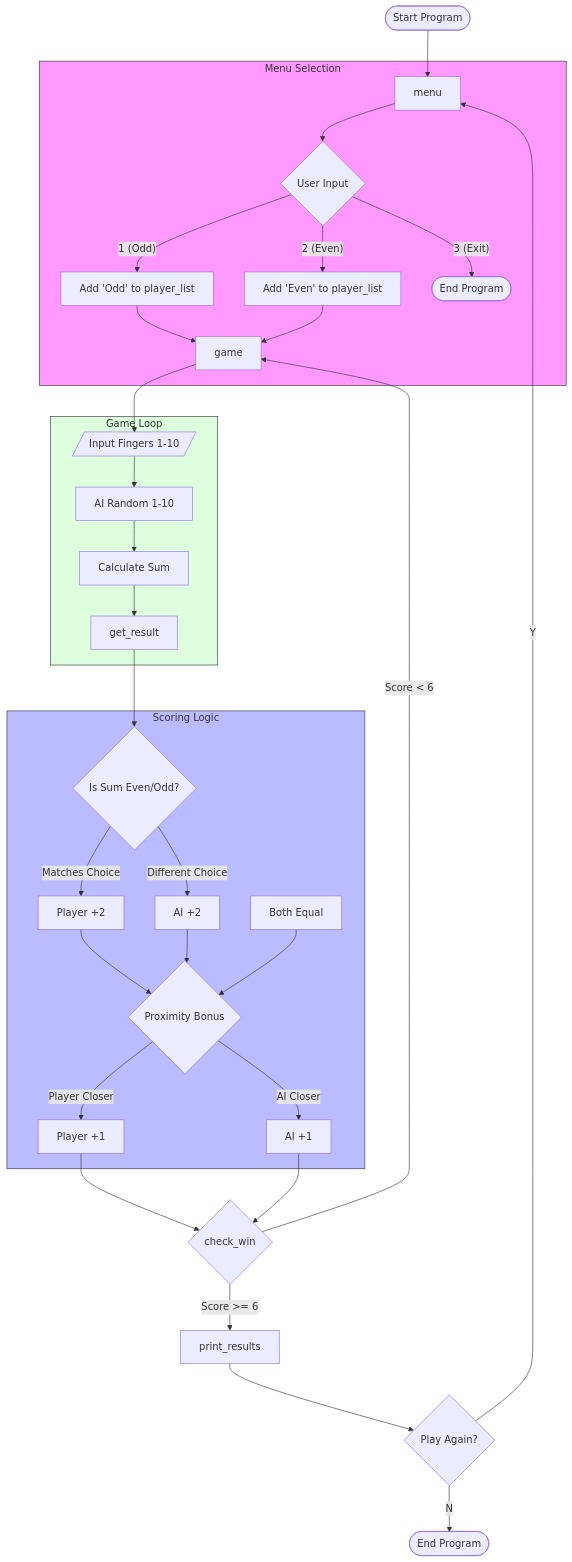
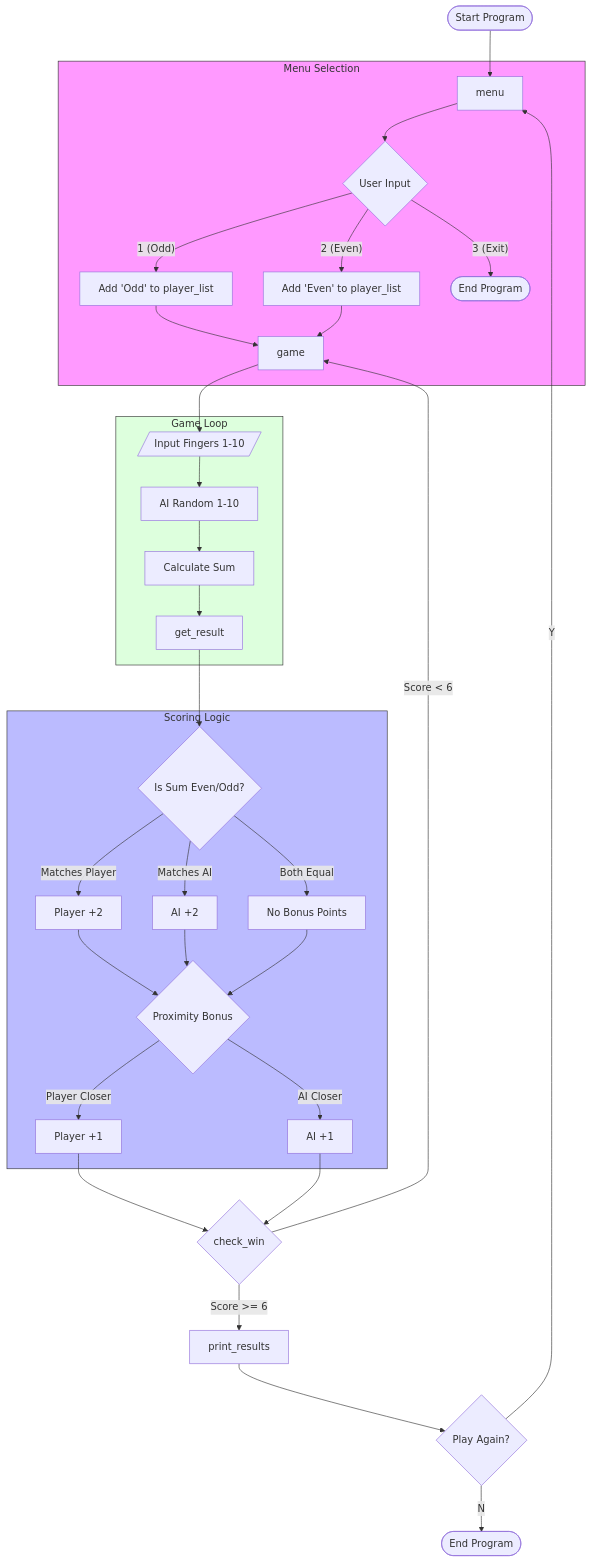
One commit to a-Digi-a/Obsidian changed the diagram in Odds and Evens.md. Above: the diagram before and after it, drawn with Mermaid.

Commit message:
vault backup: 2026-03-12 17:01:03

````diff
--- a/Odds and Evens.md
+++ b/Odds and Evens.md
@@ -171,47 +171,48 @@
 ```mermaid
 graph TD
     Start([Start Program]) --> Menu[menu]
     
     subgraph Menu_Function [Menu Selection]
     Menu --> InputMenu{User Input}
     InputMenu -- "1 (Odd)" --> SetOdd[Add 'Odd' to player_list]
     InputMenu -- "2 (Even)" --> SetEven[Add 'Even' to player_list]
     InputMenu -- "3 (Exit)" --> End([End Program])
     SetOdd --> Game[game]
     SetEven --> Game
     end
 
     subgraph Game_Logic [Game Loop]
     Game --> FingerInput[/Input Fingers 1-10/]
     FingerInput --> AI_Roll[AI Random 1-10]
     AI_Roll --> Sum[Calculate Sum]
     Sum --> Result[get_result]
     end
 
     subgraph Scoring [Scoring Logic]
     Result --> ParityCheck{Is Sum Even/Odd?}
-    ParityCheck -- Matches Choice --> PlayerPoints[Player +2]
-    ParityCheck -- Different Choice --> AIPoints[AI +2]
+    ParityCheck -- Matches Player --> PlayerPoints[Player +2]
+    ParityCheck -- Matches AI --> AIPoints[AI +2]
+    ParityCheck -- Both Equal --> BothEqual[No Bonus Points]
     
     PlayerPoints --> Proximity{Proximity Bonus}
     AIPoints --> Proximity
-    BothEqual[Both Equal] --> Proximity
+    BothEqual --> Proximity
     
     Proximity -- Player Closer --> PBonus[Player +1]
     Proximity -- AI Closer --> ABonus[AI +1]
     end
 
     PBonus --> CheckWin{check_win}
     ABonus --> CheckWin
 
     CheckWin -- Score < 6 --> Game
     CheckWin -- Score >= 6 --> Results[print_results]
     
     Results --> Replay{Play Again?}
     Replay -- "Y" --> Menu
     Replay -- "N" --> FinalEnd([End Program])
 
     style Menu_Function fill:#f9f,stroke:#333
     style Scoring fill:#bbf,stroke:#333
     style Game_Logic fill:#dfd,stroke:#333
 ```
````
